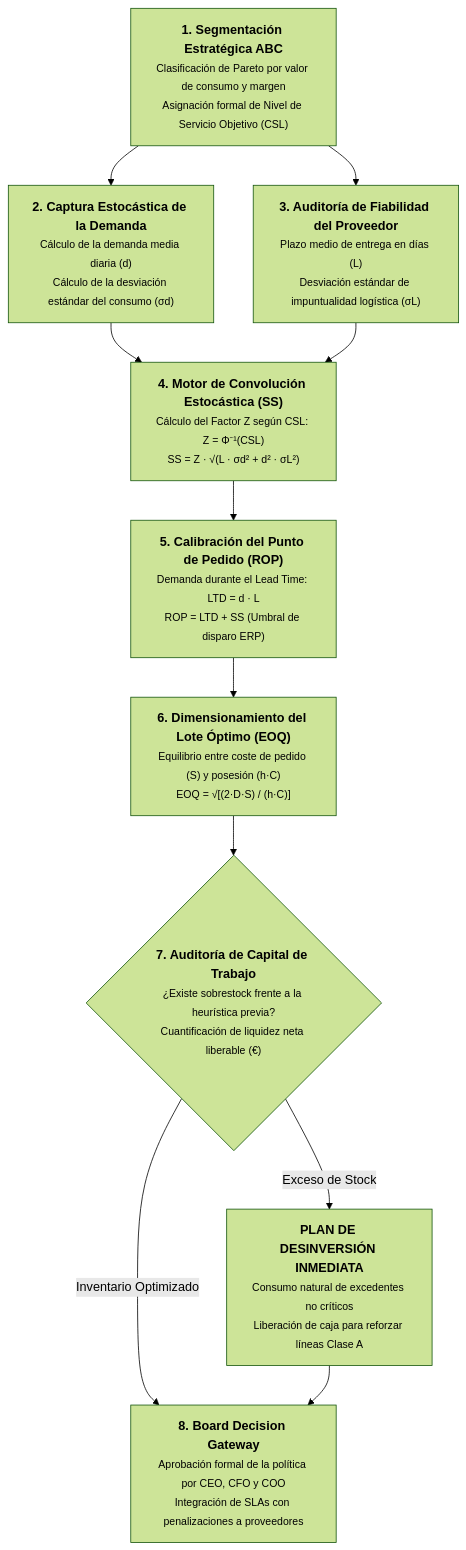
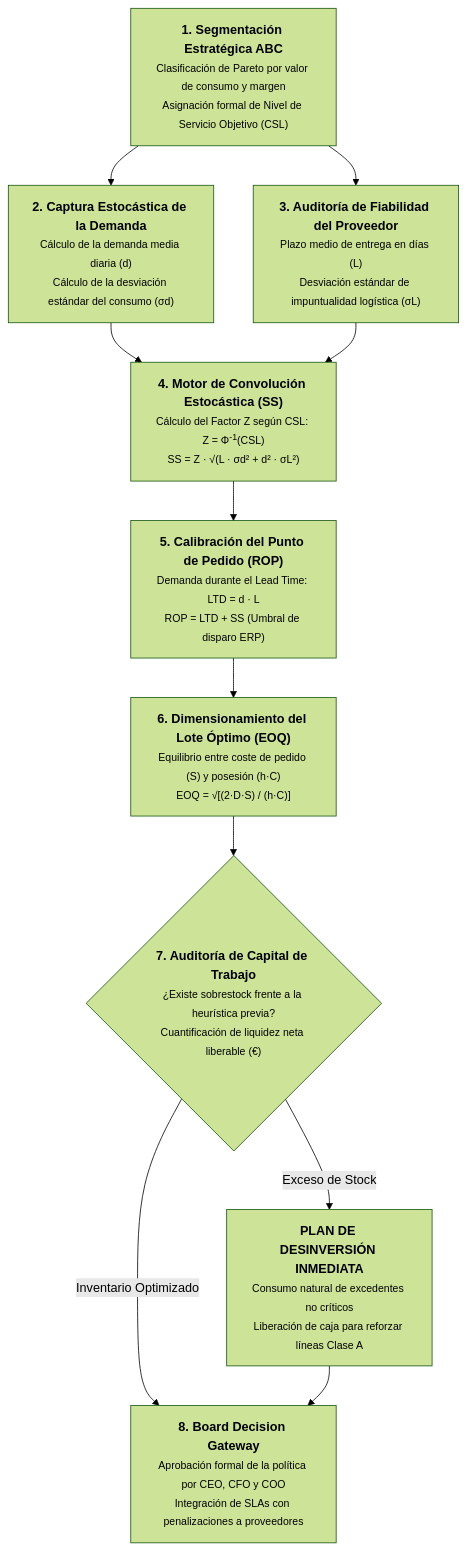
One commit to Dalaez/datalaria-website changed the first of 2 diagrams in content/es/posts/calculadora-stock-seguridad-rop/index.md. Above: the diagram before and after it, drawn with Mermaid (forest theme). The commit also changed other lines of this file and 272 other files, not shown here.

```diff
--- a/content/es/posts/calculadora-stock-seguridad-rop/index.md
+++ b/content/es/posts/calculadora-stock-seguridad-rop/index.md
@@ -37,31 +38,31 @@
 {{< mermaid >}}
 flowchart TD
     A["<b>1. Segmentación Estratégica ABC</b><br/><small>Clasificación de Pareto por valor de consumo y margen<br/>Asignación formal de Nivel de Servicio Objetivo (CSL)</small>"]
     
     B["<b>2. Captura Estocástica de la Demanda</b><br/><small>Cálculo de la demanda media diaria (d)<br/>Cálculo de la desviación estándar del consumo (σd)</small>"]
     
     C["<b>3. Auditoría de Fiabilidad del Proveedor</b><br/><small>Plazo medio de entrega en días (L)<br/>Desviación estándar de impuntualidad logística (σL)</small>"]
     
-    D["<b>4. Motor de Convolución Estocástica (SS)</b><br/><small>Cálculo del Factor Z según CSL: Z = Φ⁻¹(CSL)<br/>SS = Z · √(L · σd² + d² · σL²)</small>"]
+    D["<b>4. Motor de Convolución Estocástica (SS)</b><br/><small>Cálculo del Factor Z según CSL: Z = Φ<sup>-1</sup>(CSL)<br/>SS = Z · √(L · σd² + d² · σL²)</small>"]
     
     E["<b>5. Calibración del Punto de Pedido (ROP)</b><br/><small>Demanda durante el Lead Time: LTD = d · L<br/>ROP = LTD + SS (Umbral de disparo ERP)</small>"]
     
     F["<b>6. Dimensionamiento del Lote Óptimo (EOQ)</b><br/><small>Equilibrio entre coste de pedido (S) y posesión (h·C)<br/>EOQ = √[(2·D·S) / (h·C)]</small>"]
     
     G{"<b>7. Auditoría de Capital de Trabajo</b><br/><small>¿Existe sobrestock frente a la heurística previa?<br/>Cuantificación de liquidez neta liberable (€)</small>"}
     
     H["<b>PLAN DE DESINVERSIÓN INMEDIATA</b><br/><small>Consumo natural de excedentes no críticos<br/>Liberación de caja para reforzar líneas Clase A</small>"]
     
     I["<b>8. Board Decision Gateway</b><br/><small>Aprobación formal de la política por CEO, CFO y COO<br/>Integración de SLAs con penalizaciones a proveedores</small>"]
 
     A --> B
     A --> C
     B --> D
     C --> D
     D --> E
     E --> F
     F --> G
     G -->|Exceso de Stock| H
     G -->|Inventario Optimizado| I
     H --> I
 {{< /mermaid >}}
```
